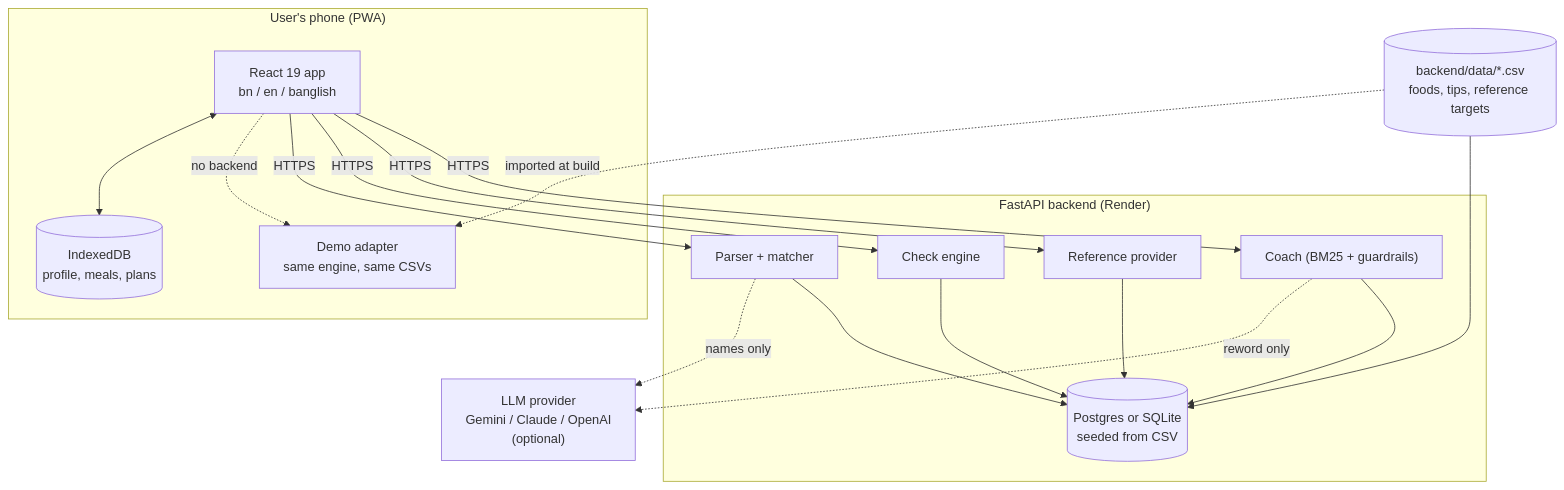
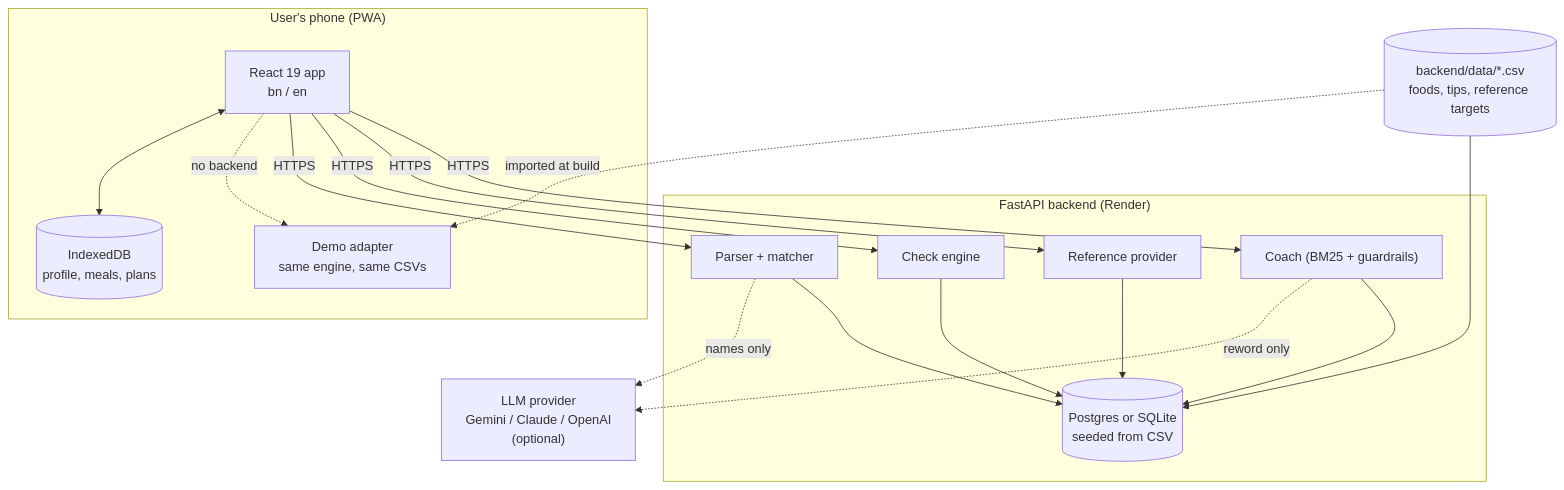
The fourth of 7 diagrams in README.md (es-ratt/edibyte), drawn with Mermaid before and after one commit. The commit also changed other lines of this file and 3 other files, not shown here.

````diff
--- a/README.md
+++ b/README.md
@@ -208,26 +208,26 @@
 ```mermaid
 flowchart TB
     subgraph Phone["User's phone (PWA)"]
-        UI["React 19 app<br/>bn / en / banglish"]
+        UI["React 19 app<br/>bn / en"]
         IDB[("IndexedDB<br/>profile, meals, plans")]
         DEMO["Demo adapter<br/>same engine, same CSVs"]
         UI <--> IDB
         UI -. no backend .-> DEMO
     end
     subgraph Server["FastAPI backend (Render)"]
         P["Parser + matcher"]
         CK["Check engine"]
         RF["Reference provider"]
         CO["Coach (BM25 + guardrails)"]
         DB[("Postgres or SQLite<br/>seeded from CSV")]
     end
     LLM["LLM provider<br/>Gemini / Claude / OpenAI<br/>(optional)"]
     CSV[("backend/data/*.csv<br/>foods, tips, reference targets")]
 
     UI -- HTTPS --> P & CK & RF & CO
     P -. names only .-> LLM
     CO -. reword only .-> LLM
     CSV --> DB
     CSV -. imported at build .-> DEMO
     P & CK & RF & CO --> DB
 ```
````
